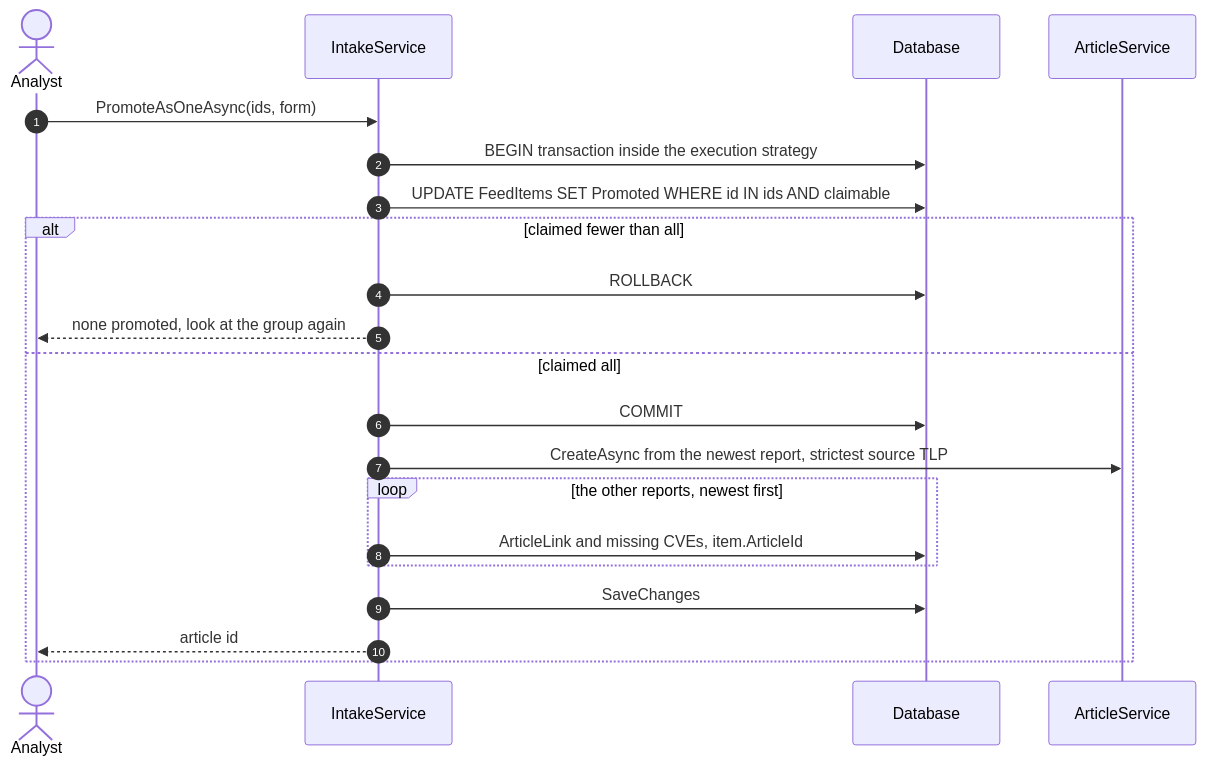
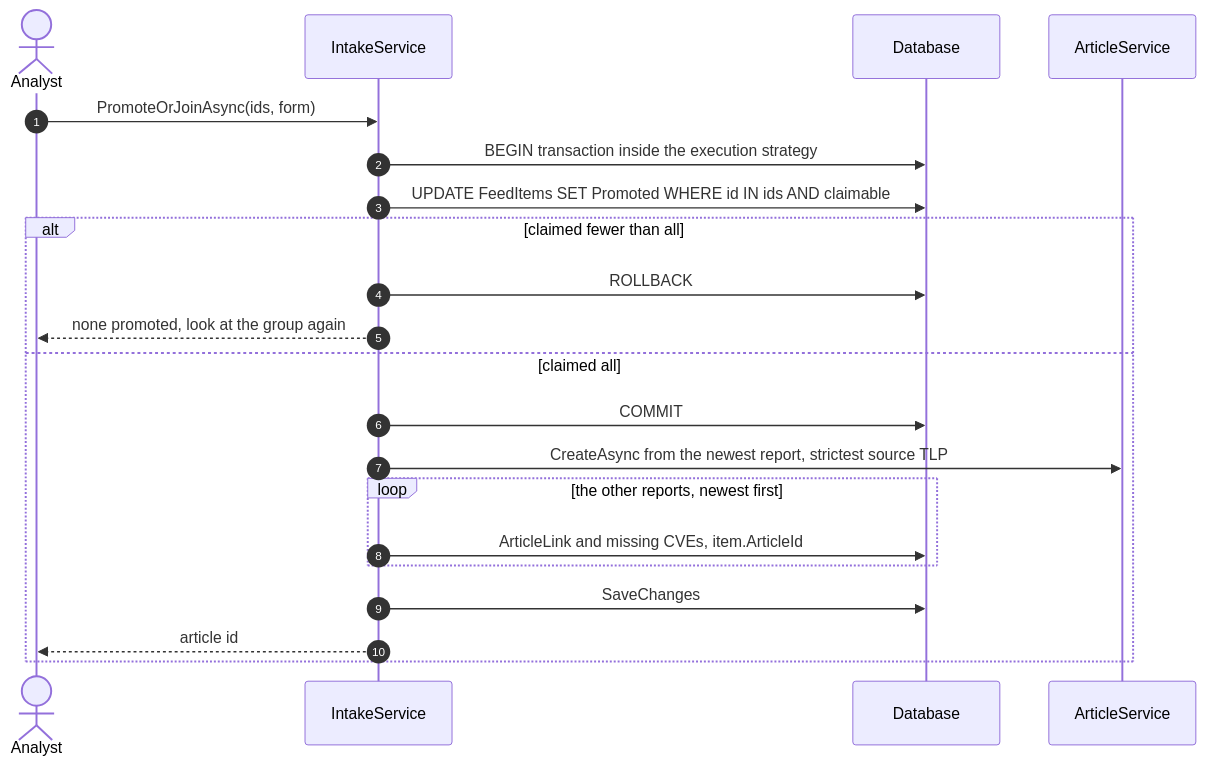
One commit to jashley92/Tide changed the fifth of 5 diagrams in docs/workflows/intake-and-triage.md. Above: the diagram before and after it, drawn with Mermaid. The commit also changed other lines of this file and 27 other files, not shown here.

````diff
--- a/docs/workflows/intake-and-triage.md
+++ b/docs/workflows/intake-and-triage.md
@@ -550,23 +550,23 @@
 ```mermaid
 sequenceDiagram
     autonumber
     actor A as Analyst
     participant I as IntakeService
     participant Db as Database
     participant Ar as ArticleService
-    A->>I: PromoteAsOneAsync(ids, form)
+    A->>I: PromoteOrJoinAsync(ids, form)
     I->>Db: BEGIN transaction inside the execution strategy
     I->>Db: UPDATE FeedItems SET Promoted WHERE id IN ids AND claimable
     alt claimed fewer than all
         I->>Db: ROLLBACK
         I-->>A: none promoted, look at the group again
     else claimed all
         I->>Db: COMMIT
         I->>Ar: CreateAsync from the newest report, strictest source TLP
         loop the other reports, newest first
             I->>Db: ArticleLink and missing CVEs, item.ArticleId
         end
         I->>Db: SaveChanges
         I-->>A: article id
     end
 ```
````
